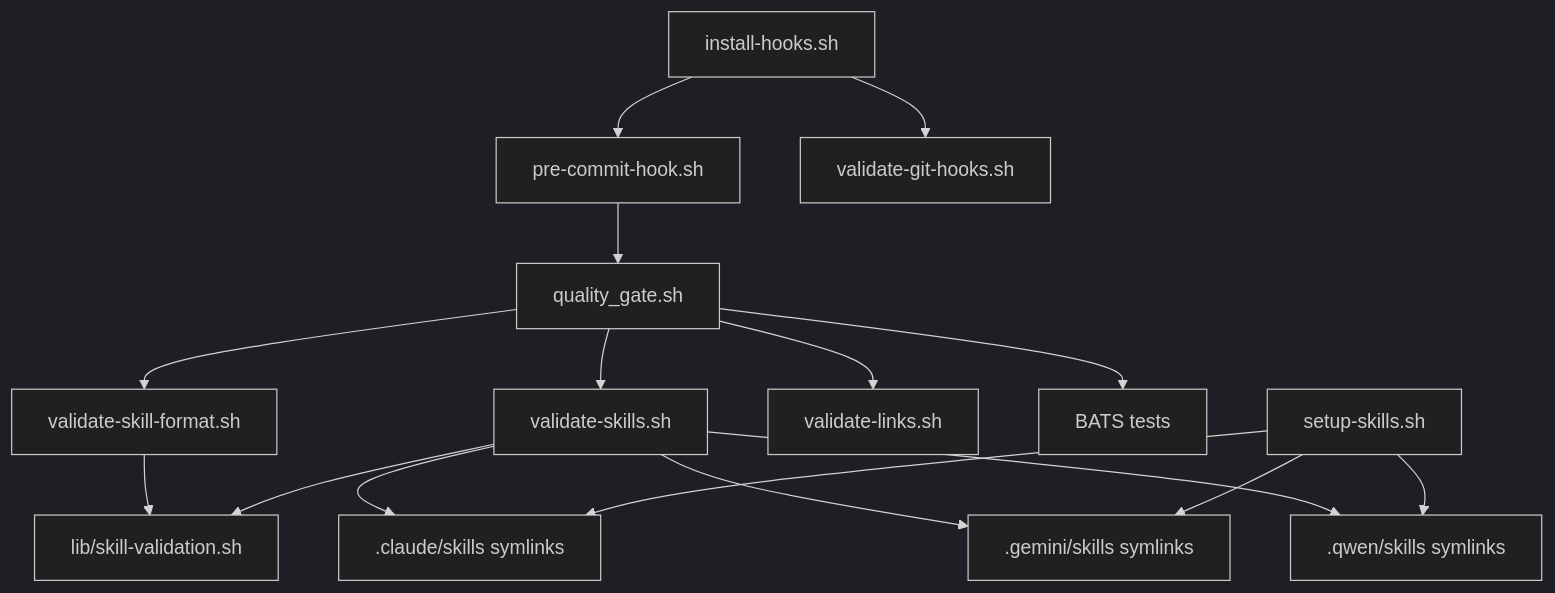
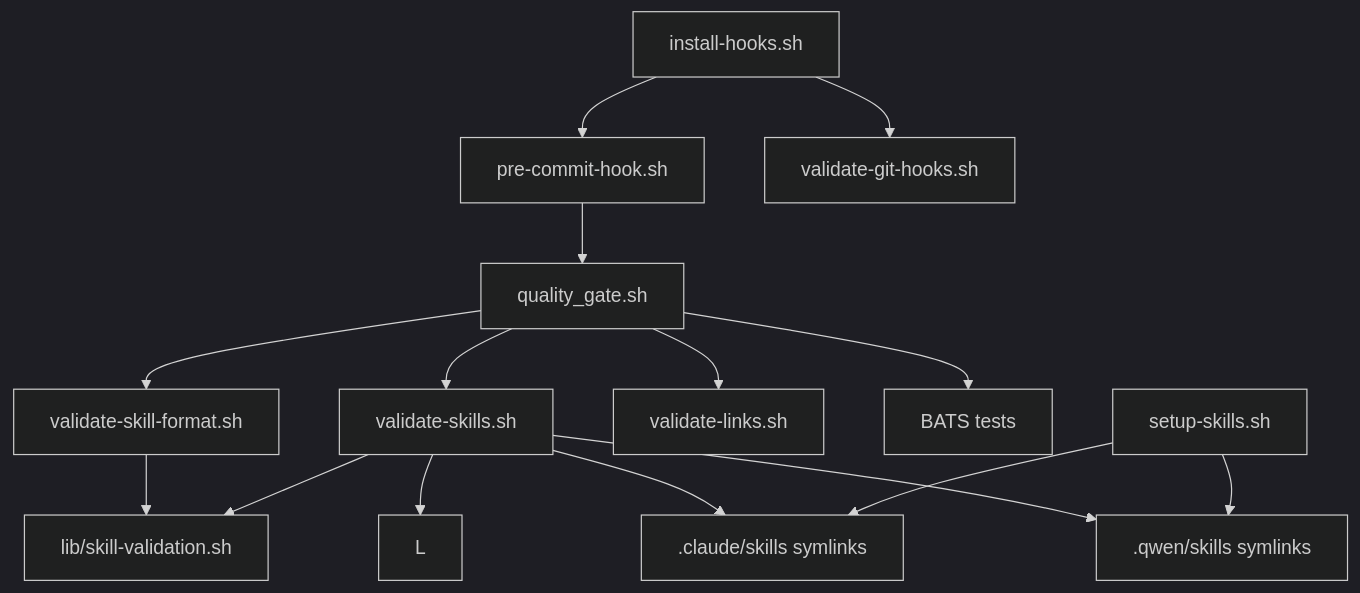
Before and after one commit to d-o-hub/github-template-ai-agents: the diagram in agents-docs/SCRIPTS.md, drawn with Mermaid (dark theme). The commit also changed 67 other files, not shown here.

First line of the commit message:
refactor(gemini): use direct .agents/skills/ instead of symlinks

````diff
--- a/agents-docs/SCRIPTS.md
+++ b/agents-docs/SCRIPTS.md
@@ -76,18 +76,17 @@
 ```mermaid
 graph TD
     A[quality_gate.sh] --> B[validate-skills.sh]
     A --> C[validate-skill-format.sh]
     A --> D[validate-links.sh]
     A --> E[BATS tests]
     B --> F[lib/skill-validation.sh]
     C --> F
     G[install-hooks.sh] --> H[pre-commit-hook.sh]
     G --> I[validate-git-hooks.sh]
     H --> A
     J[setup-skills.sh] --> K[.claude/skills symlinks]
-    J --> L[.gemini/skills symlinks]
     J --> M[.qwen/skills symlinks]
     B --> K
     B --> L
     B --> M
 ```
````
